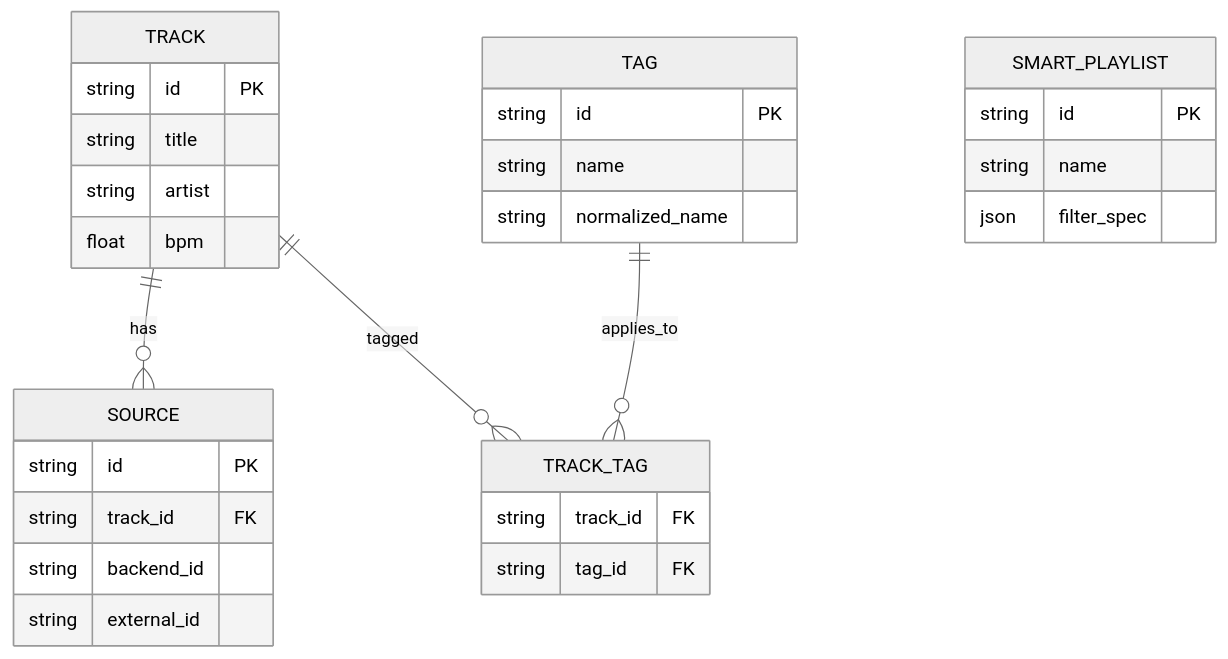
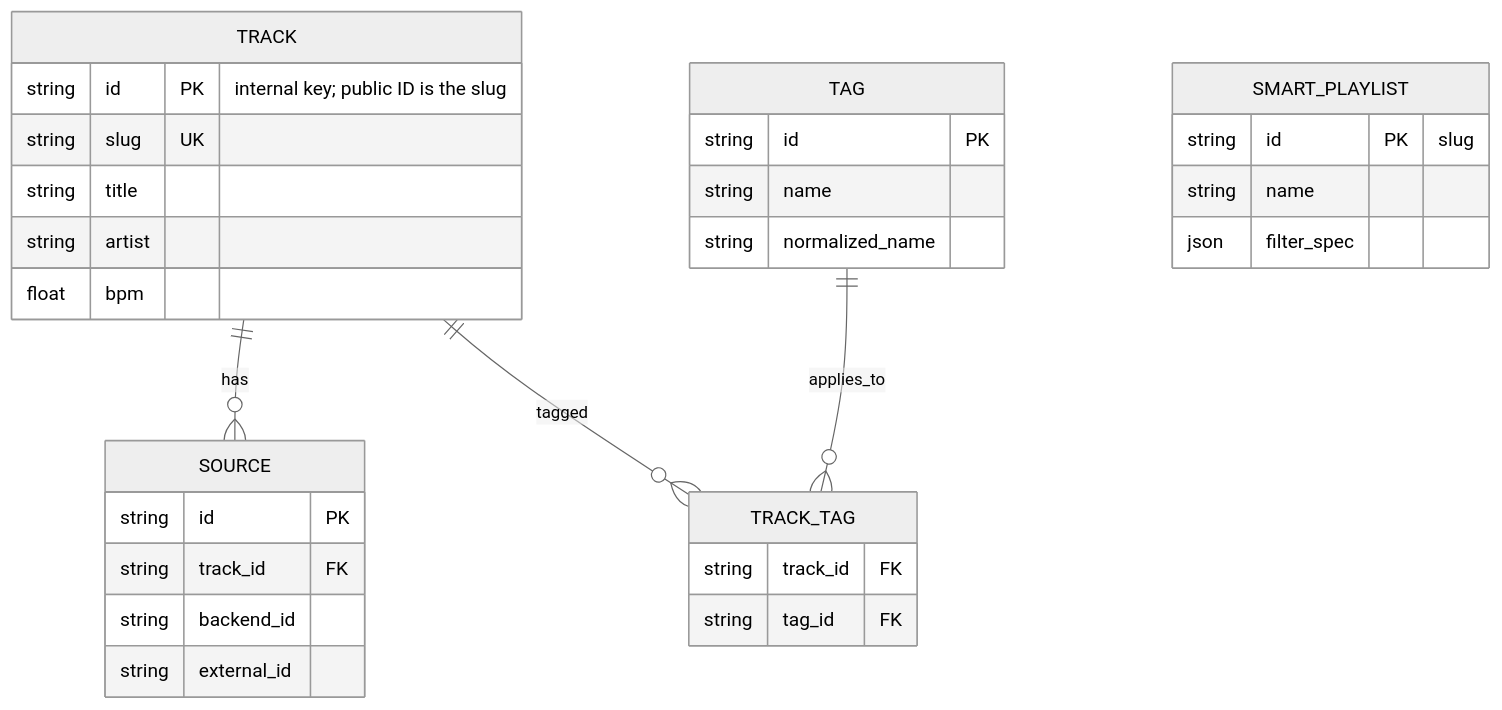
One commit to VaZark/weave changed the second of 2 diagrams in goals.md. Above: the diagram before and after it, drawn with Mermaid (neutral theme). The commit also changed other lines of this file and 9 other files, not shown here.

````diff
--- a/goals.md
+++ b/goals.md
@@ -82,32 +82,33 @@
 ```mermaid
 erDiagram
     TRACK ||--o{ SOURCE : has
     TRACK ||--o{ TRACK_TAG : tagged
     TAG ||--o{ TRACK_TAG : applies_to
     TRACK {
-        string id PK
+        string id PK "internal key; public ID is the slug"
+        string slug UK
         string title
         string artist
         float bpm
     }
     SOURCE {
         string id PK
         string track_id FK
         string backend_id
         string external_id
     }
     TAG {
         string id PK
         string name
         string normalized_name
     }
     TRACK_TAG {
         string track_id FK
         string tag_id FK
     }
     SMART_PLAYLIST {
-        string id PK
+        string id PK "slug"
         string name
         json filter_spec
     }
 ```
````
